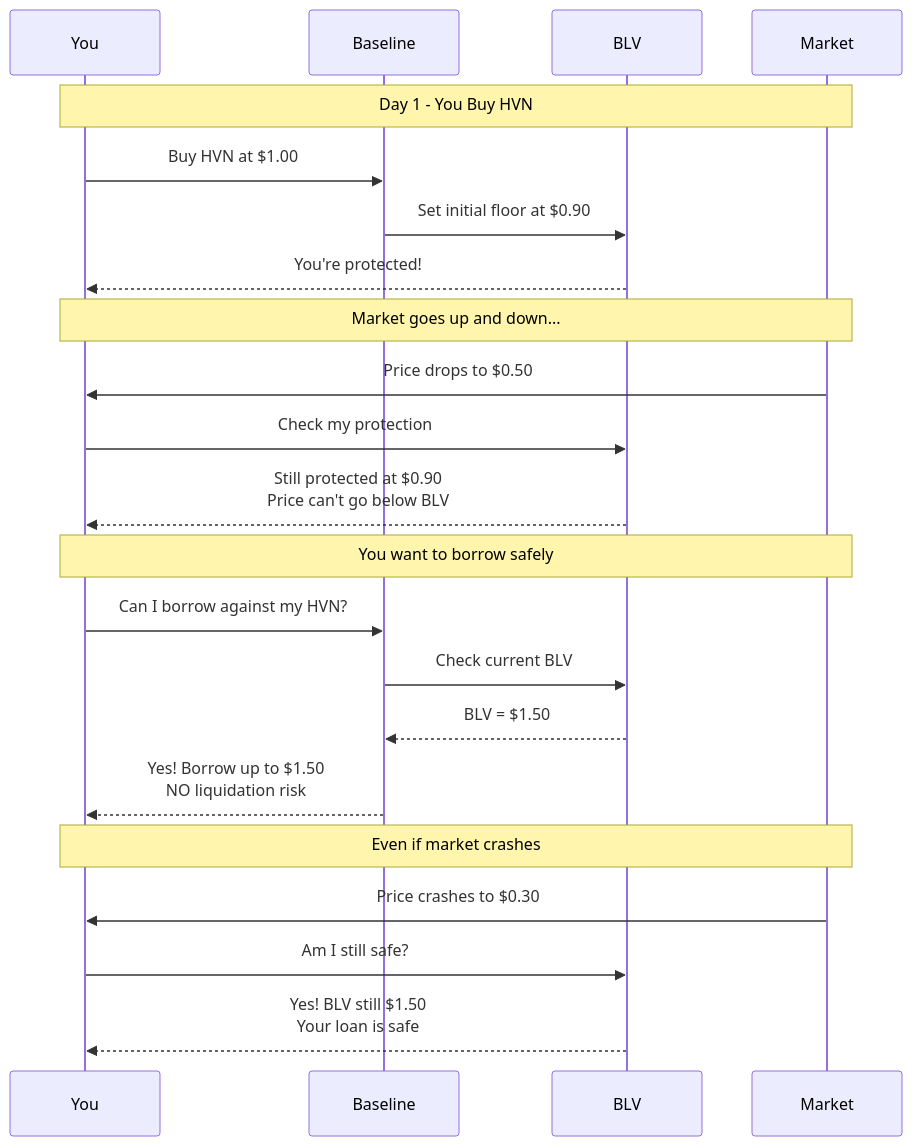
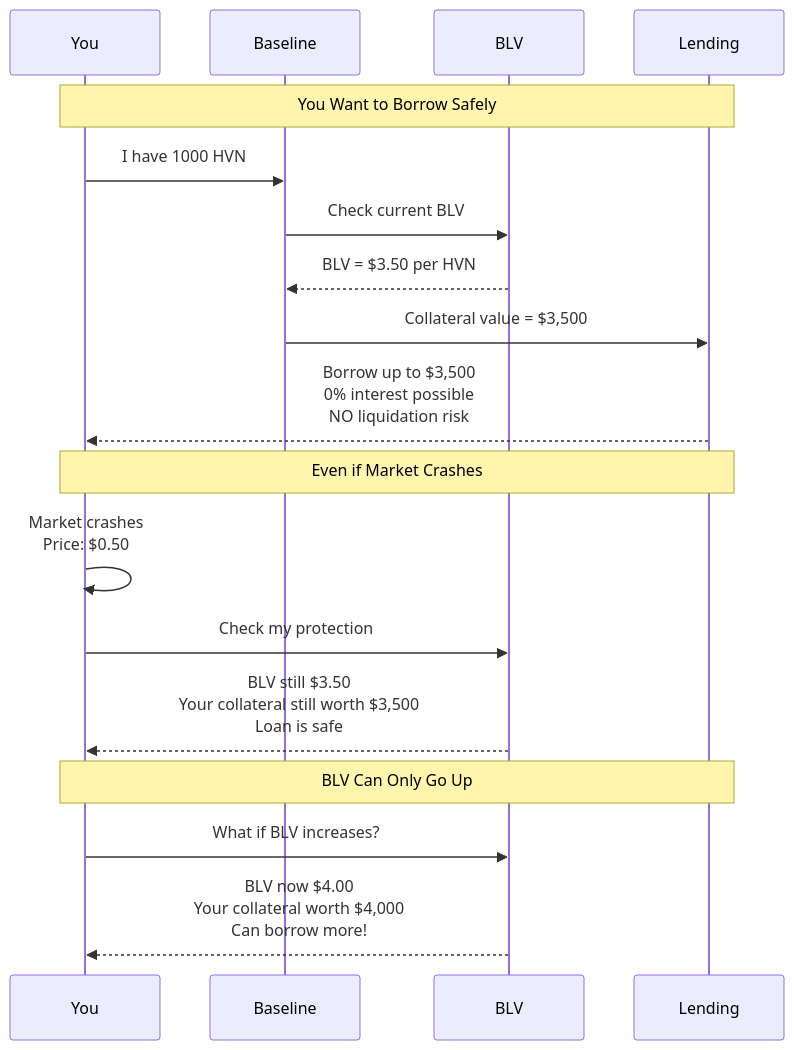
Before and after one commit to 0xJaehaerys/ohmega: the seventh of 8 diagrams in blackhaven-blv-user-friendly.md, drawn with Mermaid. The commit also changed other lines of this file, not shown here.

First line of the commit message:
Rewrite BLV diagram based on actual Baseline Markets mechanism

````diff
--- a/blackhaven-blv-user-friendly.md
+++ b/blackhaven-blv-user-friendly.md
@@ -117,32 +184,26 @@
 ```mermaid
 sequenceDiagram
     participant You
     participant Baseline
     participant BLV
-    participant Market
+    participant Lending
     
-    Note over You,Market: Day 1 - You Buy HVN
+    Note over You,Lending: You Want to Borrow Safely
     
-    You->>Baseline: Buy HVN at $1.00
-    Baseline->>BLV: Set initial floor at $0.90
-    BLV-->>You: You're protected!
+    You->>Baseline: I have 1000 HVN
+    Baseline->>BLV: Check current BLV
+    BLV-->>Baseline: BLV = $3.50 per HVN
+    Baseline->>Lending: Collateral value = $3,500
+    Lending-->>You: Borrow up to $3,500<br/>0% interest possible<br/>NO liquidation risk
     
-    Note over You,Market: Market goes up and down...
+    Note over You,Lending: Even if Market Crashes
     
-    Market->>You: Price drops to $0.50
+    You->>You: Market crashes<br/>Price: $0.50
     You->>BLV: Check my protection
-    BLV-->>You: Still protected at $0.90<br/>Price can't go below BLV
+    BLV-->>You: BLV still $3.50<br/>Your collateral still worth $3,500<br/>Loan is safe
     
-    Note over You,Market: You want to borrow safely
+    Note over You,Lending: BLV Can Only Go Up
     
-    You->>Baseline: Can I borrow against my HVN?
-    Baseline->>BLV: Check current BLV
-    BLV-->>Baseline: BLV = $1.50
-    Baseline-->>You: Yes! Borrow up to $1.50<br/>NO liquidation risk
-    
-    Note over You,Market: Even if market crashes
-    
-    Market->>You: Price crashes to $0.30
-    You->>BLV: Am I still safe?
-    BLV-->>You: Yes! BLV still $1.50<br/>Your loan is safe
+    You->>BLV: What if BLV increases?
+    BLV-->>You: BLV now $4.00<br/>Your collateral worth $4,000<br/>Can borrow more!
 ```
````
